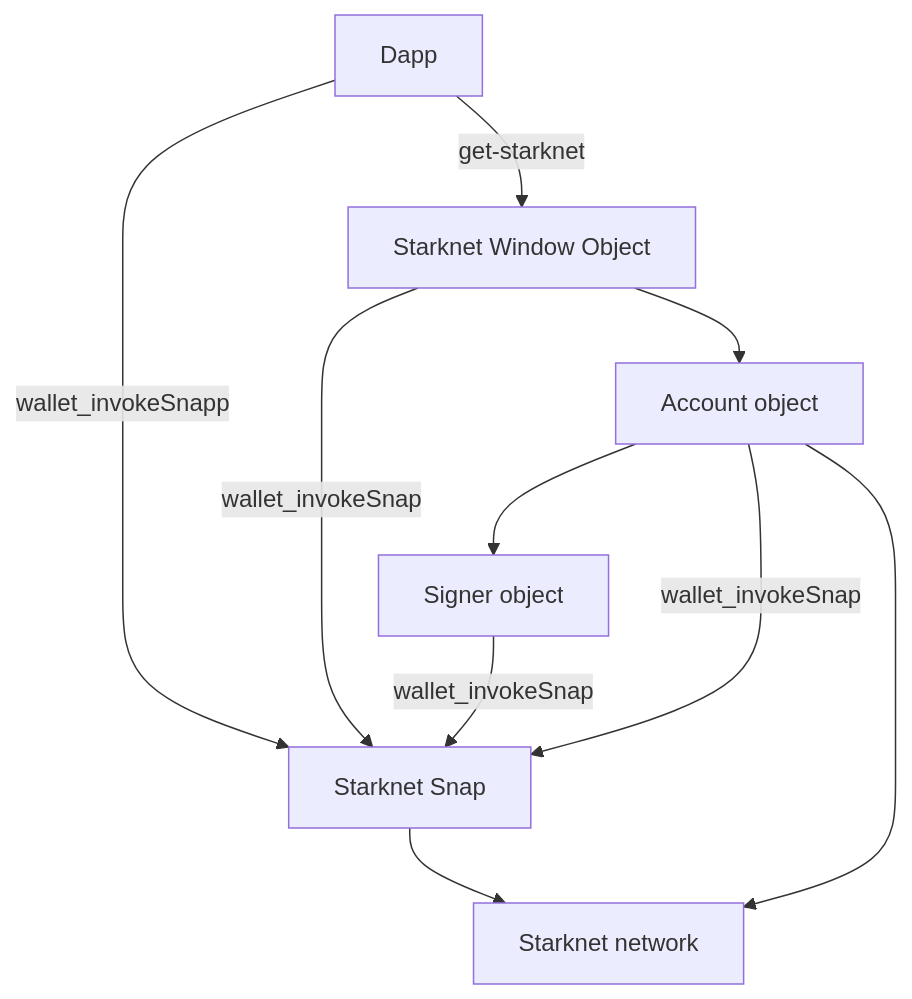
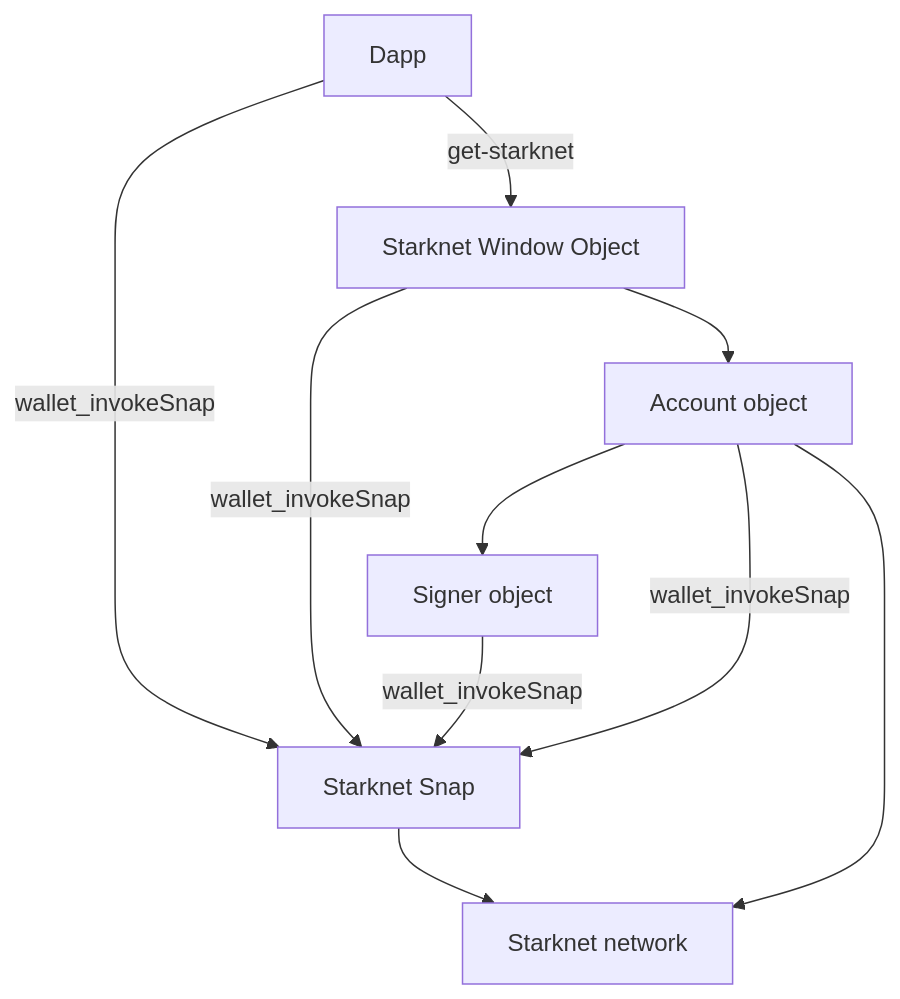
One commit to MetaMask/metamask-docs changed the first of 2 diagrams in wallet/how-to/use-non-evm-networks/starknet/about-get-starknet.md. Above: the diagram before and after it, drawn with Mermaid. The commit also changed other lines of this file and 2 other files, not shown here.

Commit message:
make tutorial clearer

````diff
--- a/wallet/how-to/use-non-evm-networks/starknet/about-get-starknet.md
+++ b/wallet/how-to/use-non-evm-networks/starknet/about-get-starknet.md
@@ -24,11 +24,11 @@
 ```mermaid
 graph
-    dapp[Dapp] -- wallet_invokeSnapp --> snap[Starknet Snap]
+    dapp[Dapp] -- wallet_invokeSnap --> snap[Starknet Snap]
     dapp[Dapp] -- get-starknet --> swo[Starknet Window Object]
     swo -- wallet_invokeSnap --> snap
     swo --> acc[Account object]
     acc --> signer[Signer object] -- wallet_invokeSnap --> snap
     acc -- wallet_invokeSnap --> snap
     acc --> sp[Starknet network]
     snap --> sp
 ```
````
